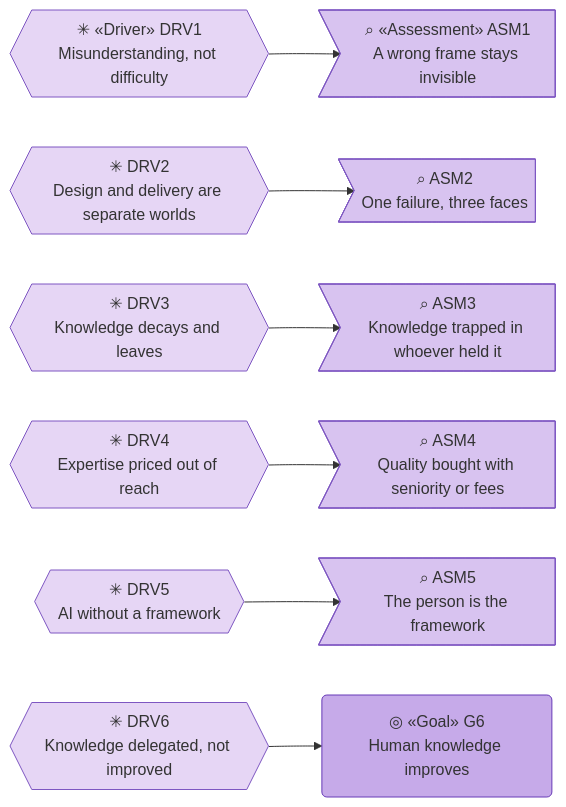
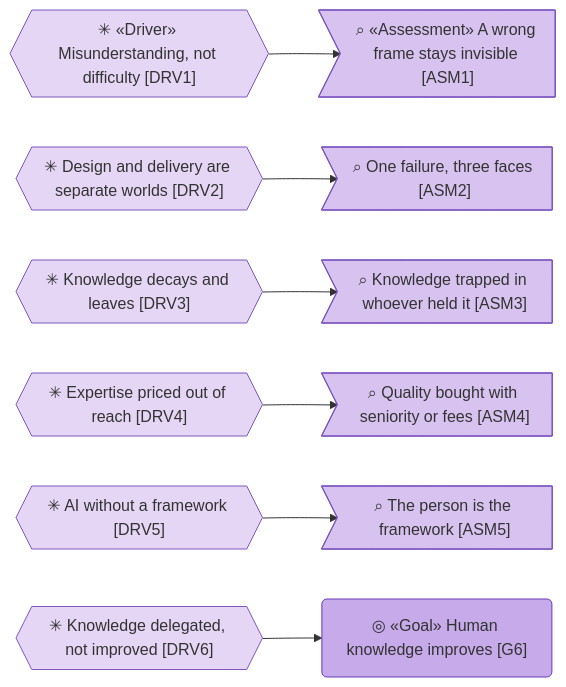
Before and after one commit to roanboc/architecture-archreator: the third of 7 diagrams in org-archreator/architecture/1_strategy/1_motivation.md, drawn with Mermaid. The commit also changed other lines of this file and 38 other files, not shown here.

````diff
--- a/org-archreator/architecture/1_strategy/1_motivation.md
+++ b/org-archreator/architecture/1_strategy/1_motivation.md
@@ -132,28 +132,28 @@
 ```mermaid
 flowchart LR
-  drv1{{"✳ «Driver» DRV1<br>Misunderstanding, not difficulty"}}:::driver
-  drv2{{"✳ DRV2<br>Design and delivery are separate worlds"}}:::driver
-  drv3{{"✳ DRV3<br>Knowledge decays and leaves"}}:::driver
-  drv4{{"✳ DRV4<br>Expertise priced out of reach"}}:::driver
-  drv5{{"✳ DRV5<br>AI without a framework"}}:::driver
-  drv6{{"✳ DRV6<br>Knowledge delegated, not improved"}}:::driver
+  drv1{{"✳ «Driver» Misunderstanding, not difficulty [DRV1]"}}:::driver
+  drv2{{"✳ Design and delivery are separate worlds [DRV2]"}}:::driver
+  drv3{{"✳ Knowledge decays and leaves [DRV3]"}}:::driver
+  drv4{{"✳ Expertise priced out of reach [DRV4]"}}:::driver
+  drv5{{"✳ AI without a framework [DRV5]"}}:::driver
+  drv6{{"✳ Knowledge delegated, not improved [DRV6]"}}:::driver
 
-  asm1>"⌕ «Assessment» ASM1<br>A wrong frame stays invisible"]:::assessment
-  asm2>"⌕ ASM2<br>One failure, three faces"]:::assessment
-  asm3>"⌕ ASM3<br>Knowledge trapped in whoever held it"]:::assessment
-  asm4>"⌕ ASM4<br>Quality bought with seniority or fees"]:::assessment
-  asm5>"⌕ ASM5<br>The person is the framework"]:::assessment
+  asm1>"⌕ «Assessment» A wrong frame stays invisible [ASM1]"]:::assessment
+  asm2>"⌕ One failure, three faces [ASM2]"]:::assessment
+  asm3>"⌕ Knowledge trapped in whoever held it [ASM3]"]:::assessment
+  asm4>"⌕ Quality bought with seniority or fees [ASM4]"]:::assessment
+  asm5>"⌕ The person is the framework [ASM5]"]:::assessment
 
-  g6("◎ «Goal» G6<br>Human knowledge improves"):::goal
+  g6("◎ «Goal» Human knowledge improves [G6]"):::goal
 
   drv1 --> asm1
   drv2 --> asm2
   drv3 --> asm3
   drv4 --> asm4
   drv5 --> asm5
   drv6 --> g6
 
   classDef driver fill:#e6d6f5,stroke:#7e57c2,color:#333
   classDef assessment fill:#d8c3f0,stroke:#7e57c2,color:#333
   classDef goal fill:#c6aae9,stroke:#673ab7,color:#333
 ```
````
